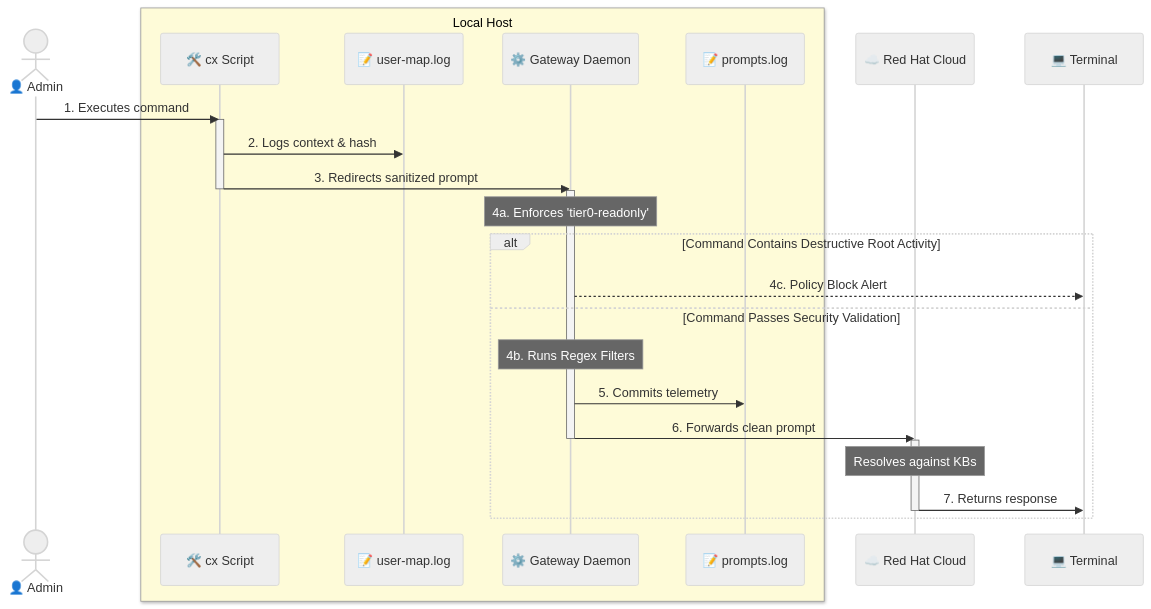
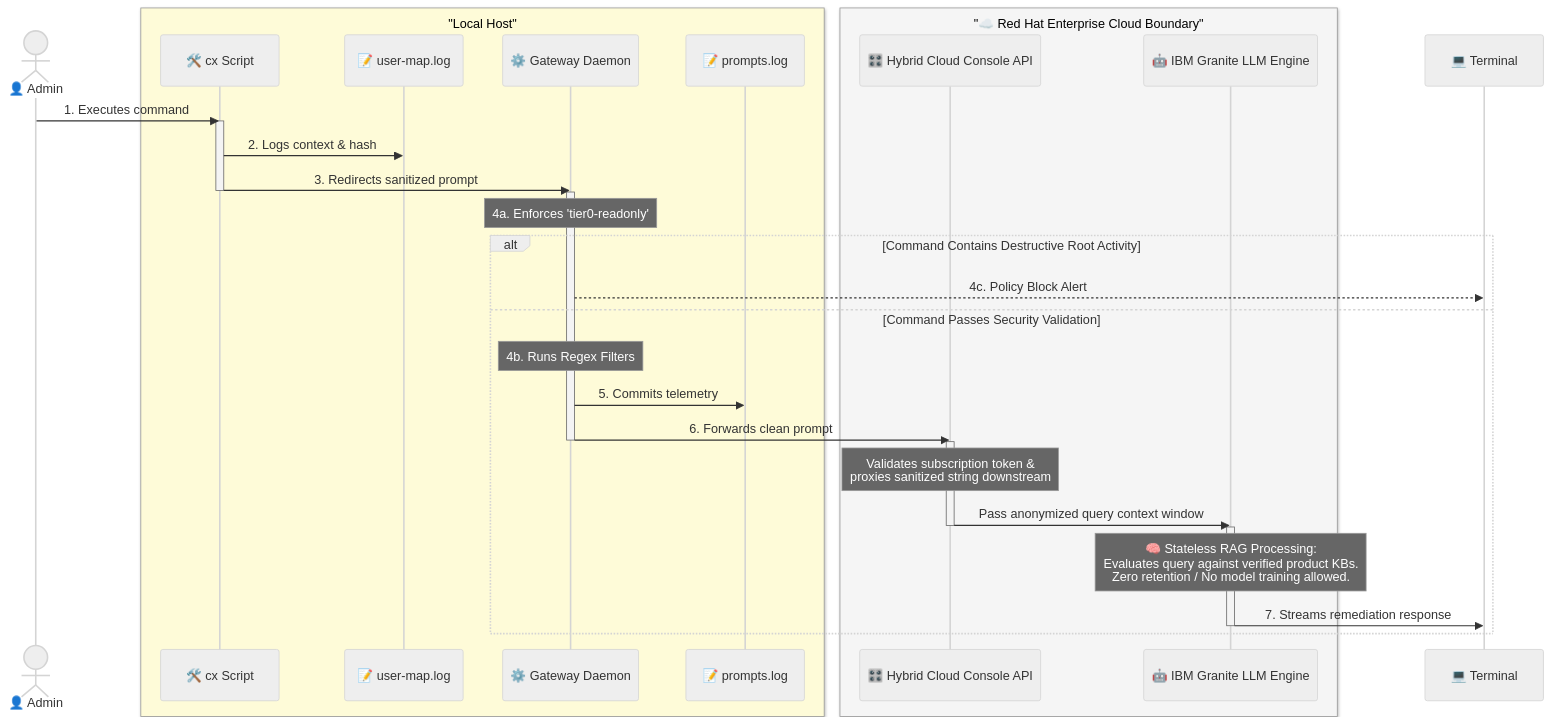
Before and after one commit to kumarj04/cla-gateway: the diagram in ARCH.md, drawn with Mermaid (neutral theme).

Commit message:
Revise sequence diagram in ARCH.md
Updated the sequence diagram to enhance clarity and detail.

````diff
--- a/ARCH.md
+++ b/ARCH.md
@@ -1,34 +1,45 @@
 ```mermaid
 sequenceDiagram
     actor Admin as 👤 Admin
-    box rgb(254, 251, 216) Local Host
+    
+    box rgb(254, 251, 216) "Local Host"
         participant Wrapper as 🛠️ cx Script
         participant Log1 as 📝 user-map.log
         participant Daemon as ⚙️ Gateway Daemon
         participant Log2 as 📝 prompts.log
     end
-    participant Cloud as ☁️ Red Hat Cloud
+    
+    box rgb(245, 245, 245) "☁️ Red Hat Enterprise Cloud Boundary"
+        participant Cloud as 🎛️ Hybrid Cloud Console API
+        participant LLM as 🤖 IBM Granite LLM Engine
+    end
+    
     participant Term as 💻 Terminal
 
     Admin->>Wrapper: 1. Executes command
     activate Wrapper
     Wrapper->>Log1: 2. Logs context & hash
     Wrapper->>Daemon: 3. Redirects sanitized prompt
     deactivate Wrapper
     
     activate Daemon
     Note over Daemon: 4a. Enforces 'tier0-readonly'
     alt Command Contains Destructive Root Activity
         Daemon-->>Term: 4c. Policy Block Alert
     else Command Passes Security Validation
         Note over Daemon: 4b. Runs Regex Filters
         Daemon->>Log2: 5. Commits telemetry
         Daemon->>Cloud: 6. Forwards clean prompt
         deactivate Daemon
         
         activate Cloud
-        Note over Cloud: Resolves against KBs
-        Cloud->>Term: 7. Returns response
+        Note over Cloud: Validates subscription token &<br>proxies sanitized string downstream
+        Cloud->>LLM: Pass anonymized query context window
         deactivate Cloud
+        
+        activate LLM
+        Note over LLM: 🧠 Stateless RAG Processing:<br>Evaluates query against verified product KBs.<br>Zero retention / No model training allowed.
+        LLM->>Term: 7. Streams remediation response
+        deactivate LLM
     end
 ```
````
